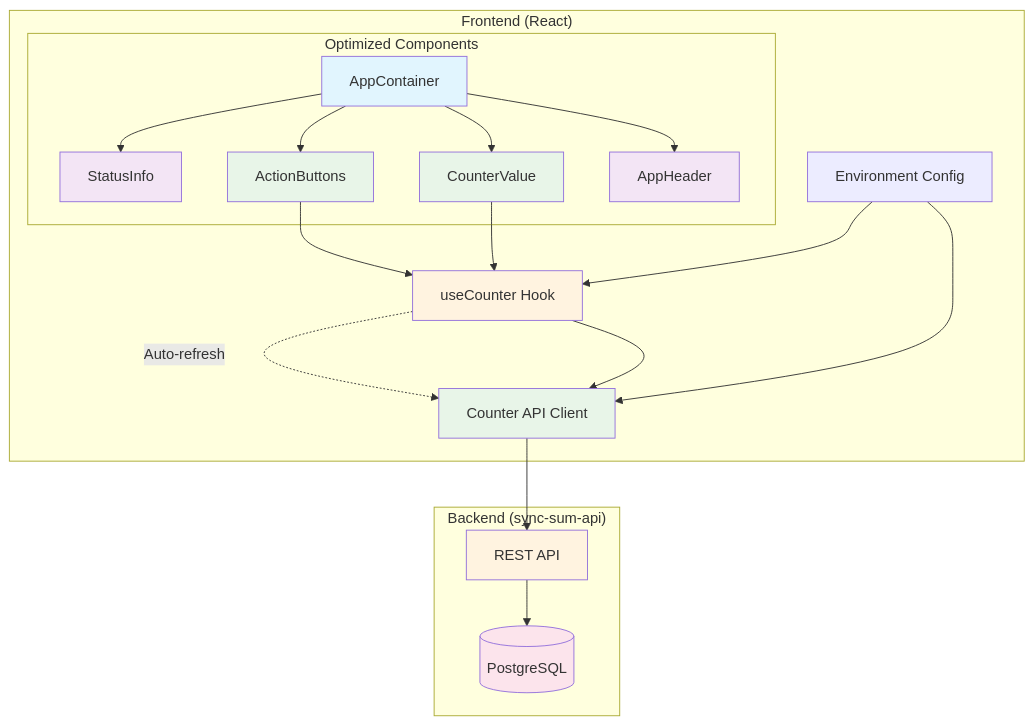
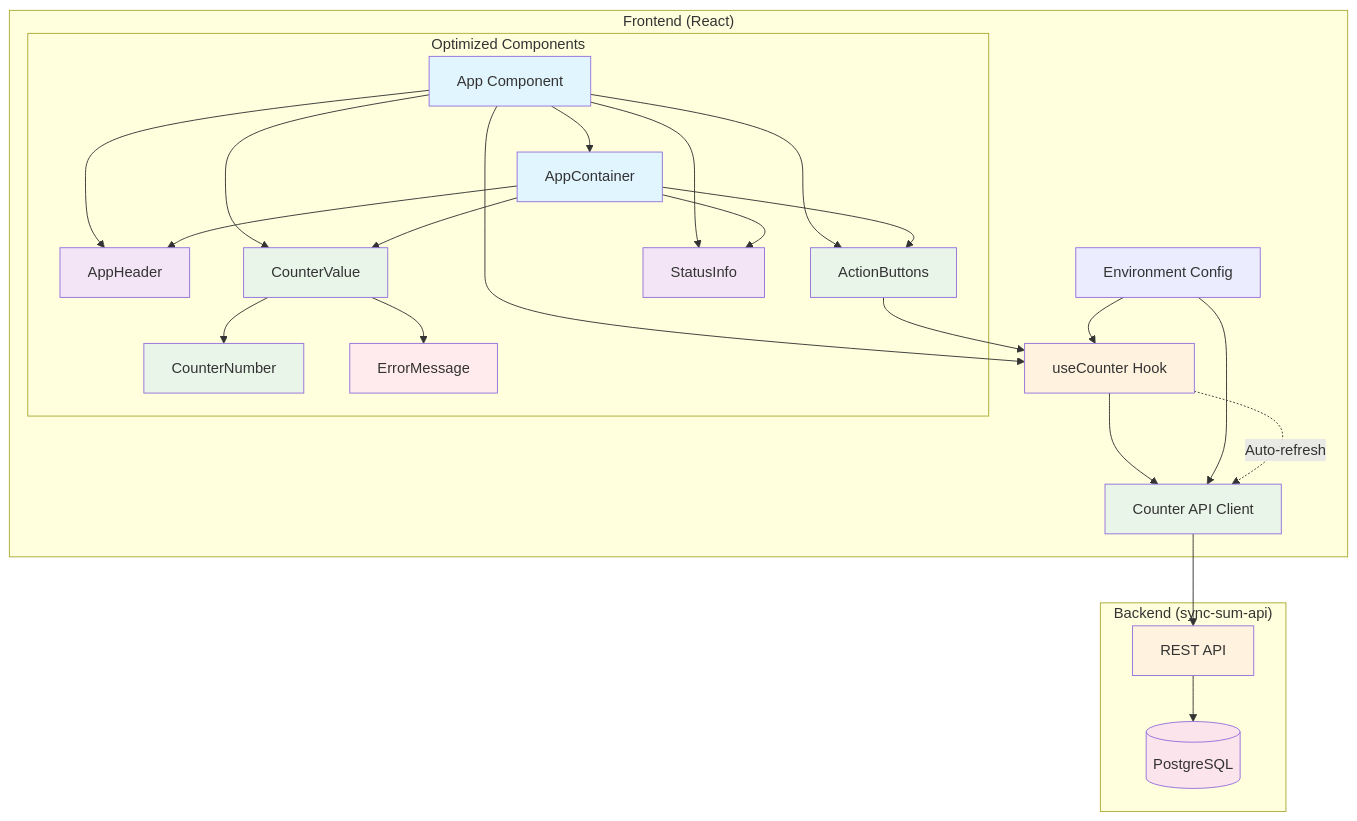
The first of 2 diagrams in README.md (malyshevin/sync-sum-ui), drawn with Mermaid before and after one commit. The commit also changed other lines of this file and 8 other files, not shown here.

````diff
--- a/README.md
+++ b/README.md
@@ -17,46 +17,61 @@
 ```mermaid
 flowchart TB
     subgraph "Frontend (React)"
         subgraph "Optimized Components"
+            App[App Component]
             Container[AppContainer]
             Header[AppHeader]
-            Counter[CounterValue]
+            CounterValue[CounterValue]
+            CounterNumber[CounterNumber]
+            ErrorMsg[ErrorMessage]
             Buttons[ActionButtons]
             Status[StatusInfo]
         end
         Hook[useCounter Hook]
         API[Counter API Client]
         Config[Environment Config]
     end
     
     subgraph "Backend (sync-sum-api)"
         REST[REST API]
         DB[(PostgreSQL)]
     end
     
+    App --> Container
+    App --> Header
+    App --> CounterValue
+    App --> Buttons
+    App --> Status
+    
     Container --> Header
-    Container --> Counter
+    Container --> CounterValue
     Container --> Buttons
     Container --> Status
     
-    Counter --> Hook
+    CounterValue --> CounterNumber
+    CounterValue --> ErrorMsg
+    
+    App --> Hook
     Buttons --> Hook
     Hook --> API
     API --> REST
     REST --> DB
     
     Config --> API
     Config --> Hook
     
     Hook -.->|Auto-refresh| API
     
+    style App fill:#e1f5fe
     style Container fill:#e1f5fe
     style Header fill:#f3e5f5
-    style Counter fill:#e8f5e8
+    style CounterValue fill:#e8f5e8
+    style CounterNumber fill:#e8f5e8
+    style ErrorMsg fill:#ffebee
     style Buttons fill:#e8f5e8
     style Status fill:#f3e5f5
     style Hook fill:#fff3e0
     style API fill:#e8f5e8
     style REST fill:#fff3e0
     style DB fill:#fce4ec
 ```
````
